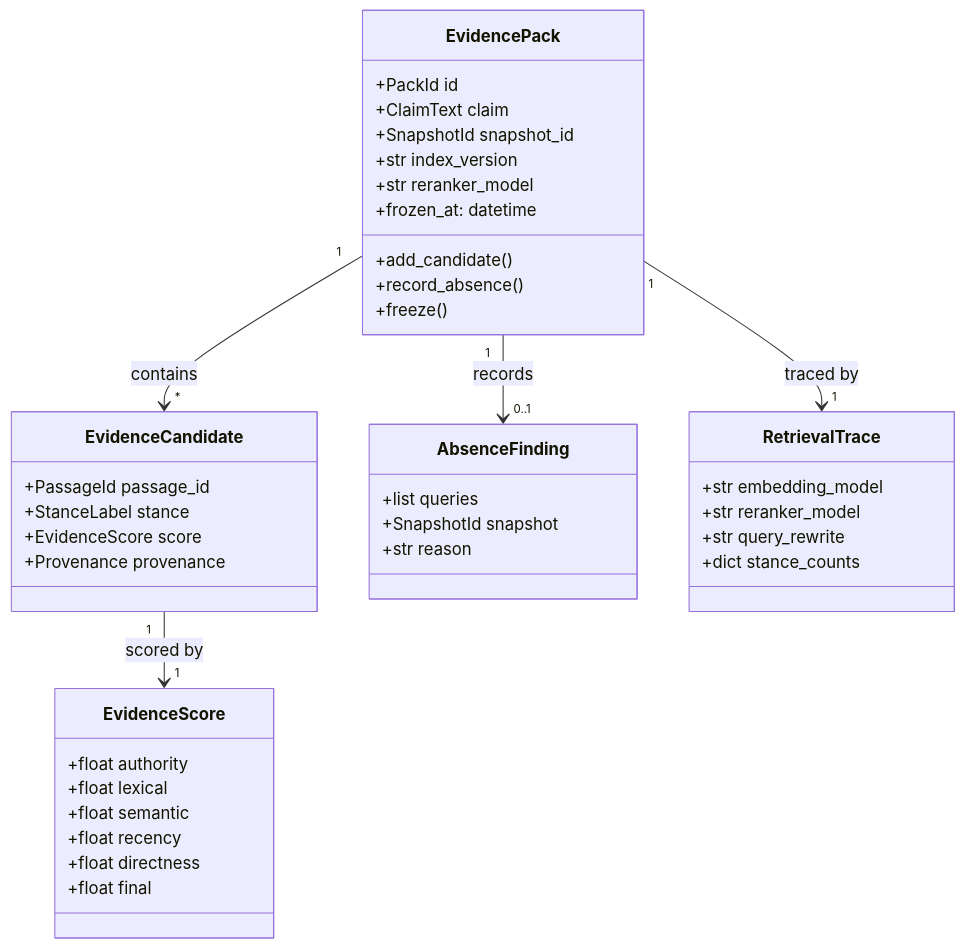
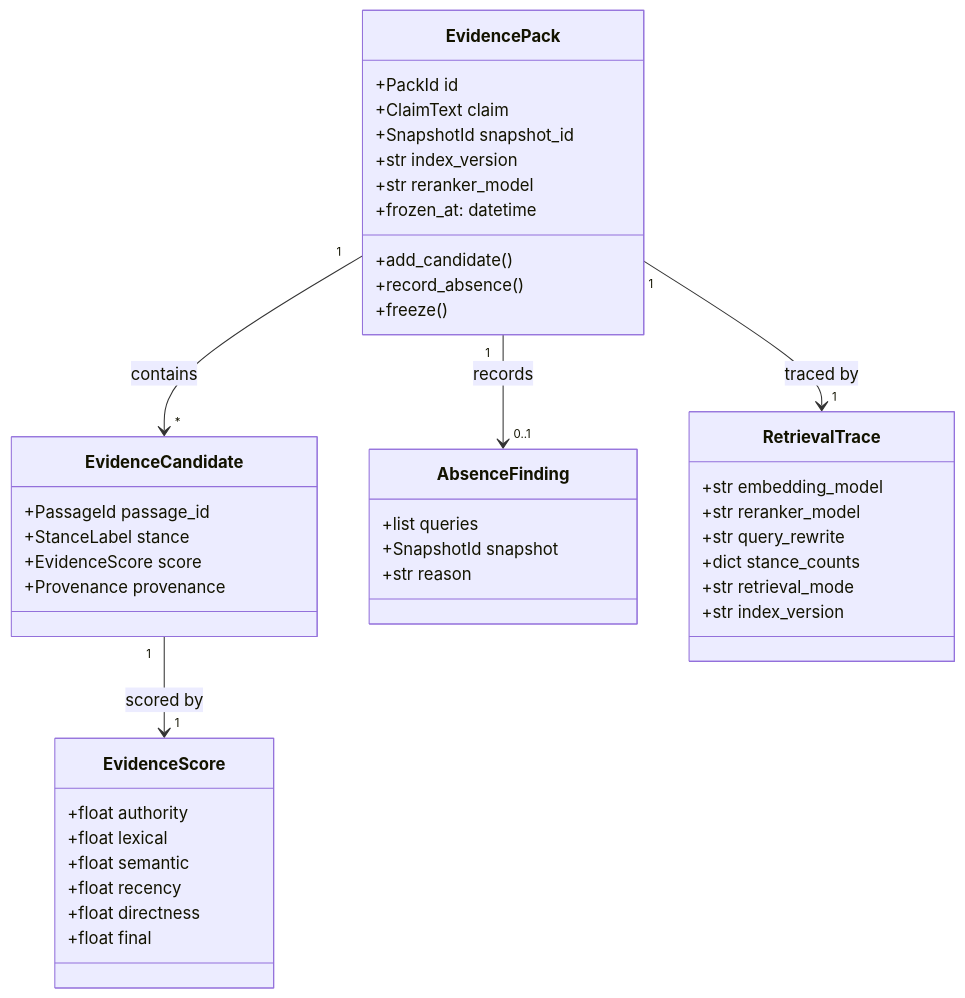
One commit to arman-jalili/health-policy-simulator changed the second of 4 diagrams in backend/.pi/architecture/modules/evidence-retrieval.md. Above: the diagram before and after it, drawn with Mermaid. The commit also changed other lines of this file and 40 other files, not shown here.

````diff
--- a/backend/.pi/architecture/modules/evidence-retrieval.md
+++ b/backend/.pi/architecture/modules/evidence-retrieval.md
@@ -112,43 +131,45 @@
 ```mermaid
 classDiagram
     class EvidencePack {
         +PackId id
         +ClaimText claim
         +SnapshotId snapshot_id
         +str index_version
         +str reranker_model
         +frozen_at: datetime
         +add_candidate()
         +record_absence()
         +freeze()
     }
     class EvidenceCandidate {
         +PassageId passage_id
         +StanceLabel stance
         +EvidenceScore score
         +Provenance provenance
     }
     class EvidenceScore {
         +float authority
         +float lexical
         +float semantic
         +float recency
         +float directness
         +float final
     }
     class AbsenceFinding {
         +list queries
         +SnapshotId snapshot
         +str reason
     }
     class RetrievalTrace {
         +str embedding_model
         +str reranker_model
         +str query_rewrite
         +dict stance_counts
+        +str retrieval_mode
+        +str index_version
     }
     EvidencePack "1" --> "*" EvidenceCandidate : contains
     EvidencePack "1" --> "0..1" AbsenceFinding : records
     EvidencePack "1" --> "1" RetrievalTrace : traced by
     EvidenceCandidate "1" --> "1" EvidenceScore : scored by
 ```
````
